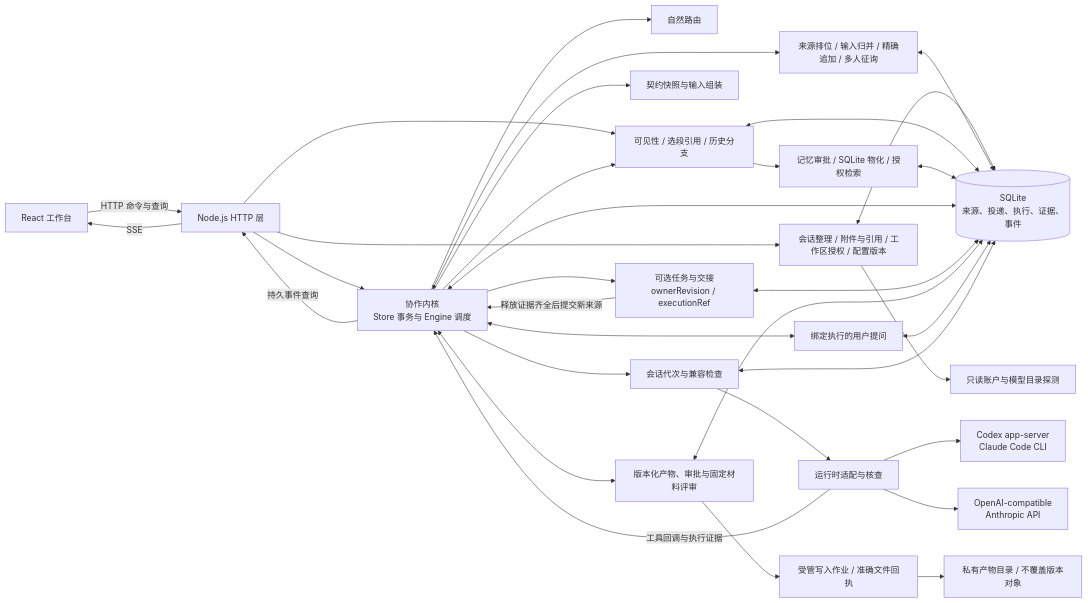
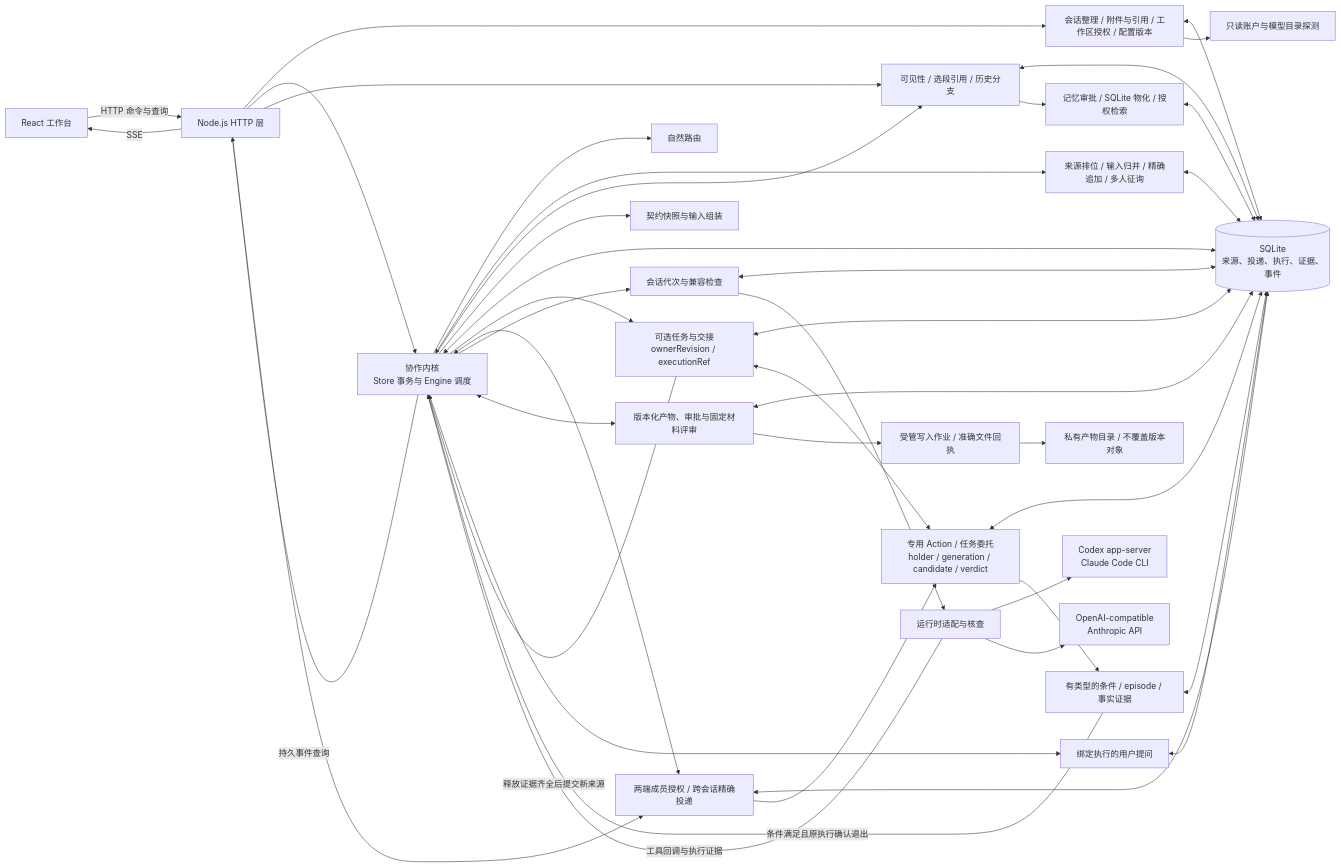
One commit to cat15926/HydraOcto changed the first of 2 diagrams in README.md. Above: the diagram before and after it, drawn with Mermaid. The commit also changed other lines of this file and 64 other files, not shown here.

````diff
--- a/README.md
+++ b/README.md
@@ -27,35 +27,44 @@
 ```mermaid
 flowchart LR
   UI["React 工作台"] -->|"HTTP 命令与查询"| HTTP["Node.js HTTP 层"]
   HTTP --> WORKBENCH["会话整理 / 附件与引用 / 工作区授权 / 配置版本"]
   WORKBENCH <--> DB
   WORKBENCH --> DISCOVERY["只读账户与模型目录探测"]
   HTTP --> CORE["协作内核<br/>Store 事务与 Engine 调度"]
   CORE --> ROUTE["自然路由"]
   CORE <--> COOP["来源排位 / 输入归并 / 精确追加 / 多人征询"]
   COOP <--> DB
   HTTP --> VISIBILITY["可见性 / 选段引用 / 历史分支"]
   VISIBILITY <--> DB
   CORE --> VISIBILITY
   VISIBILITY --> MEMORY["记忆审批 / SQLite 物化 / 授权检索"]
   MEMORY <--> DB
   CORE --> CONTEXT["契约快照与输入组装"]
   CORE <--> DB[("SQLite<br/>来源、投递、执行、证据、事件")]
   CORE --> TASK["可选任务与交接<br/>ownerRevision / executionRef"]
   TASK <--> DB
   TASK -->|"释放证据齐全后提交新来源"| CORE
+  HTTP --> CROSS["两端成员授权 / 跨会话精确投递"]
+  CROSS <--> DB
+  CORE <--> CROSS
+  CROSS --> ACTION["专用 Action / 任务委托<br/>holder / generation / candidate / verdict"]
+  ACTION <--> DB
+  TASK <--> ACTION
+  ACTION --> WAIT["有类型的条件 / episode / 事实证据"]
+  WAIT -->|"条件满足且原执行确认退出"| CORE
+  WAIT <--> DB
   CORE --> SESSION["会话代次与兼容检查"]
   CORE <--> ARTIFACT["版本化产物、审批与固定材料评审"]
   ARTIFACT <--> DB
   ARTIFACT --> JOB["受管写入作业 / 准确文件回执"]
   JOB --> FILES["私有产物目录 / 不覆盖版本对象"]
   CORE <--> QUESTION["绑定执行的用户提问"]
   QUESTION <--> DB
   SESSION <--> DB
   SESSION --> RUNTIME["运行时适配与核查"]
   RUNTIME --> CLI["Codex app-server<br/>Claude Code CLI"]
   RUNTIME --> API["OpenAI-compatible<br/>Anthropic API"]
   RUNTIME -->|"工具回调与执行证据"| CORE
   CORE -->|"持久事件查询"| HTTP
   HTTP -->|"SSE"| UI
 ```
````
